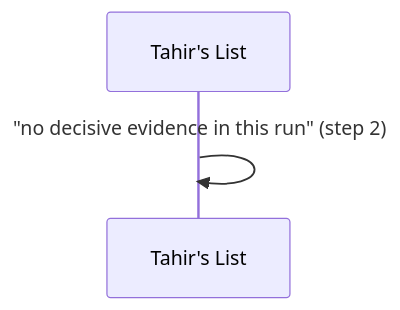
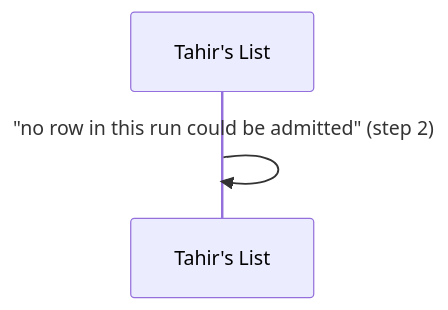
The second of 6 diagrams in docs/features/SC-231/04-blackbox/UC-04-review-enrichment.md (Losers-Lab/tahirs-list), drawn with Mermaid before and after one commit. The commit also changed other lines of this file and 13 other files, not shown here.

````diff
--- a/docs/features/SC-231/04-blackbox/UC-04-review-enrichment.md
+++ b/docs/features/SC-231/04-blackbox/UC-04-review-enrichment.md
@@ -21,5 +22,5 @@
 ```mermaid
 sequenceDiagram
   participant TL as Tahir's List
-  TL->>TL: "no decisive evidence in this run" (step 2)
+  TL->>TL: "no row in this run could be admitted" (step 2)
 ```
````
